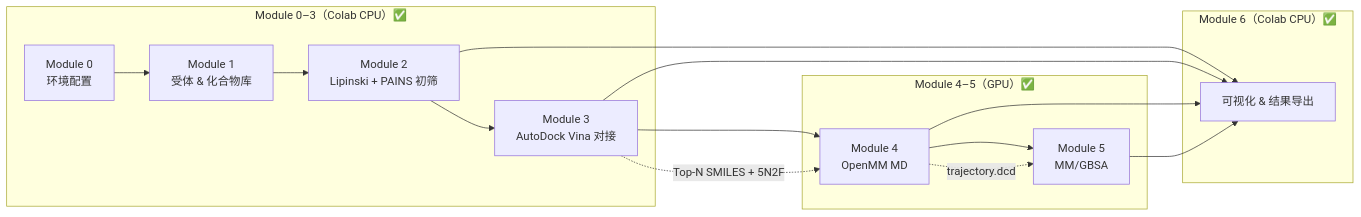
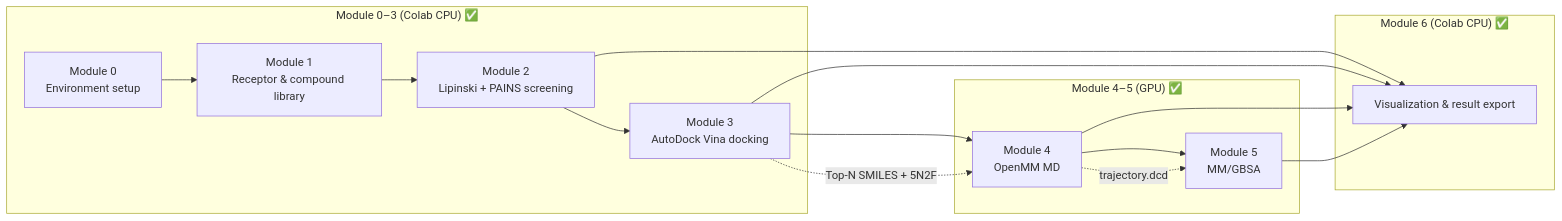
Before and after one commit to Tepeng0213/OmniScreen-AI: the first of 2 diagrams in docs/workflows/SM_MODULES.md, drawn with Mermaid. The commit also changed other lines of this file and 16 other files, not shown here.

````diff
--- a/docs/workflows/SM_MODULES.md
+++ b/docs/workflows/SM_MODULES.md
@@ -38,27 +38,27 @@
 ```mermaid
 flowchart LR
-    subgraph M0_3["Module 0–3（Colab CPU）✅"]
-        M0[Module 0<br/>环境配置]
-        M1[Module 1<br/>受体 & 化合物库]
-        M2[Module 2<br/>Lipinski + PAINS 初筛]
-        M3[Module 3<br/>AutoDock Vina 对接]
+    subgraph M0_3["Module 0–3 (Colab CPU) ✅"]
+        M0[Module 0<br/>Environment setup]
+        M1[Module 1<br/>Receptor & compound library]
+        M2[Module 2<br/>Lipinski + PAINS screening]
+        M3[Module 3<br/>AutoDock Vina docking]
         M0 --> M1 --> M2 --> M3
     end
 
-    subgraph M4_5["Module 4–5（GPU）✅"]
+    subgraph M4_5["Module 4–5 (GPU) ✅"]
         M4[Module 4<br/>OpenMM MD]
         M5[Module 5<br/>MM/GBSA]
         M3 --> M4 --> M5
     end
 
-    subgraph M6b["Module 6（Colab CPU）✅"]
-        M6[可视化 & 结果导出]
+    subgraph M6b["Module 6 (Colab CPU) ✅"]
+        M6[Visualization & result export]
         M2 --> M6
         M3 --> M6
         M4 --> M6
         M5 --> M6
     end
 
     M3 -.->|Top-N SMILES + 5N2F| M4
     M4 -.->|trajectory.dcd| M5
 ```
````
